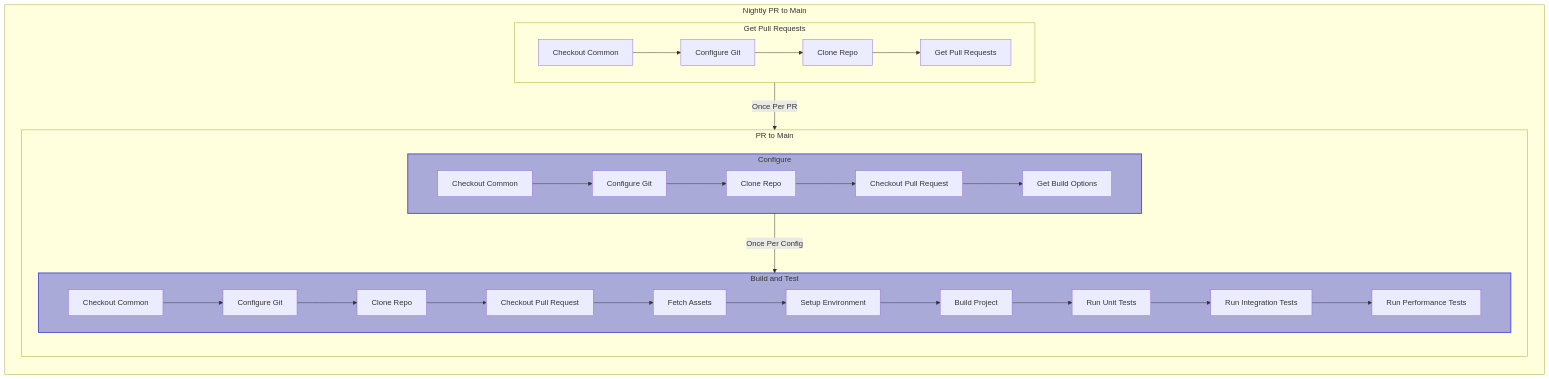
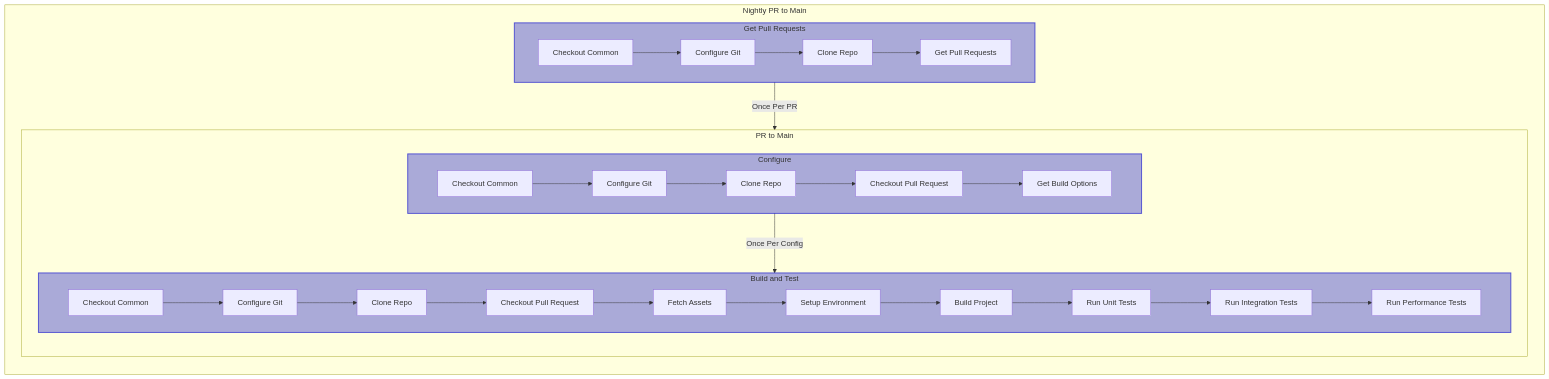
One commit to postindustria-tech/common-ci changed the second of 5 diagrams in README.md. Above: the diagram before and after it, drawn with Mermaid. The commit also changed other lines of this file and 2 other files, not shown here.

````diff
--- a/README.md
+++ b/README.md
@@ -83,36 +73,43 @@
 ``` mermaid
 flowchart LR
   subgraph "Nightly PR to Main"
     subgraph prs[Get Pull Requests]
-      pA[Checkout Common] --> pB[Configure Git]
-      pB --> pC[Clone Repo]
-      pC --> pD[Get Pull Requests]
+      style prs fill:#00C5,stroke:#00C9,stroke-width:2px;
+      W[Checkout Common]
+      X[Configure Git]
+      Y[Clone Repo]
+      Z[Get Pull Requests]
+      W-->X-->Y-->Z
     end
     subgraph main[PR to Main]
       direction TB
       subgraph conf[Configure]
-          direction LR
-          style conf fill:#00C5,stroke:#00C9,stroke-width:2px;
-        A[Checkout Common] --> B[Configure Git]
-        B --> C[Clone Repo]
-        C --> D[Checkout Pull Request]
-        D --> E[Get Build Options]
+        direction LR
+        style conf fill:#00C5,stroke:#00C9,stroke-width:2px;
+        A[Checkout Common]
+        B[Configure Git]
+        C[Clone Repo]
+        D[Checkout Pull Request]
+        E[Get Build Options]
+        A-->B-->C-->D-->E
       end
       subgraph bat[Build and Test]
-          direction LR
-          style bat fill:#00C5,stroke:#00C9,stroke-width:2px;
-        F[Checkout Common] --> G[Configure Git]
-        G --> H[Clone Repo]
-        H --> I[Checkout Pull Request]
-        I --> J[Fetch Assets]
-        J --> K[Setup Environment]
-        K --> L[Build Project]
-        L --> M[Run Unit Tests]
-        M --> N[Run Integration Tests]
-        N --> O[Run Performance Tests]
+        direction LR
+        style bat fill:#00C5,stroke:#00C9,stroke-width:2px;
+        F[Checkout Common]
+        G[Configure Git]
+        H[Clone Repo]
+        I[Checkout Pull Request]
+        J[Fetch Assets]
+        K[Setup Environment]
+        L[Build Project]
+        M[Run Unit Tests]
+        N[Run Integration Tests]
+        O[Run Performance Tests]
+        F-->G-->H-->I-->J-->K-->L-->M-->N-->O
       end
       conf-- Once Per Config -->bat
     end
     prs-- Once Per PR -->main
   end
   ```
````
